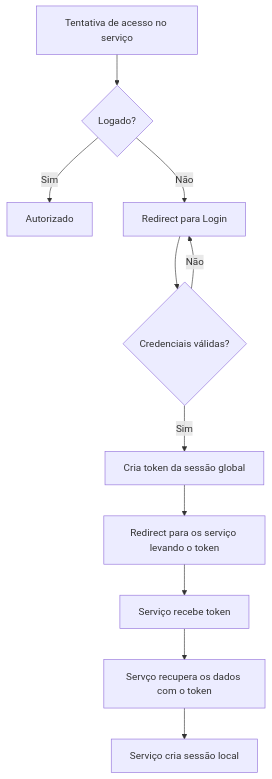
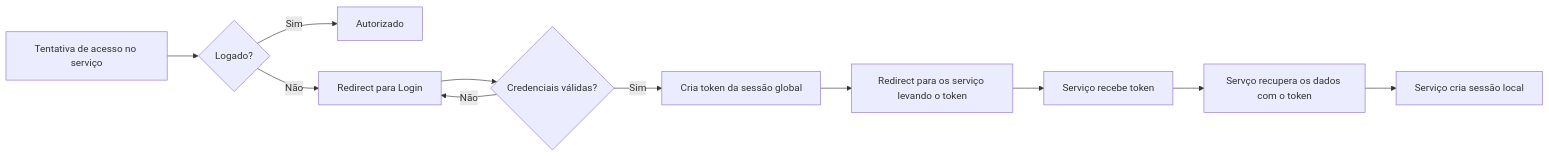
The diagram in sso/sso.md (MarceloRezin/estudosuperapp), drawn with Mermaid before and after one commit.

Commit message:
Ajuste do fluxograma

````diff
--- a/sso/sso.md
+++ b/sso/sso.md
@@ -18,13 +18,13 @@
 ```mermaid
-graph TD;
+graph LR;
     A[Tentativa de acesso no serviço]-->B{Logado?};
     B-- Sim -->C[Autorizado];
     B-- Não -->D[Redirect para Login];
     D-->E{Credenciais válidas?};
     E-- Sim -->F[Cria token da sessão global];
     E-- Não -->D;
     F-->G[Redirect para os serviço levando o token];
     G-->H[Serviço recebe token];
     H-->I[Servço recupera os dados com o token];
     I-->J[Serviço cria sessão local];
 ```
````
